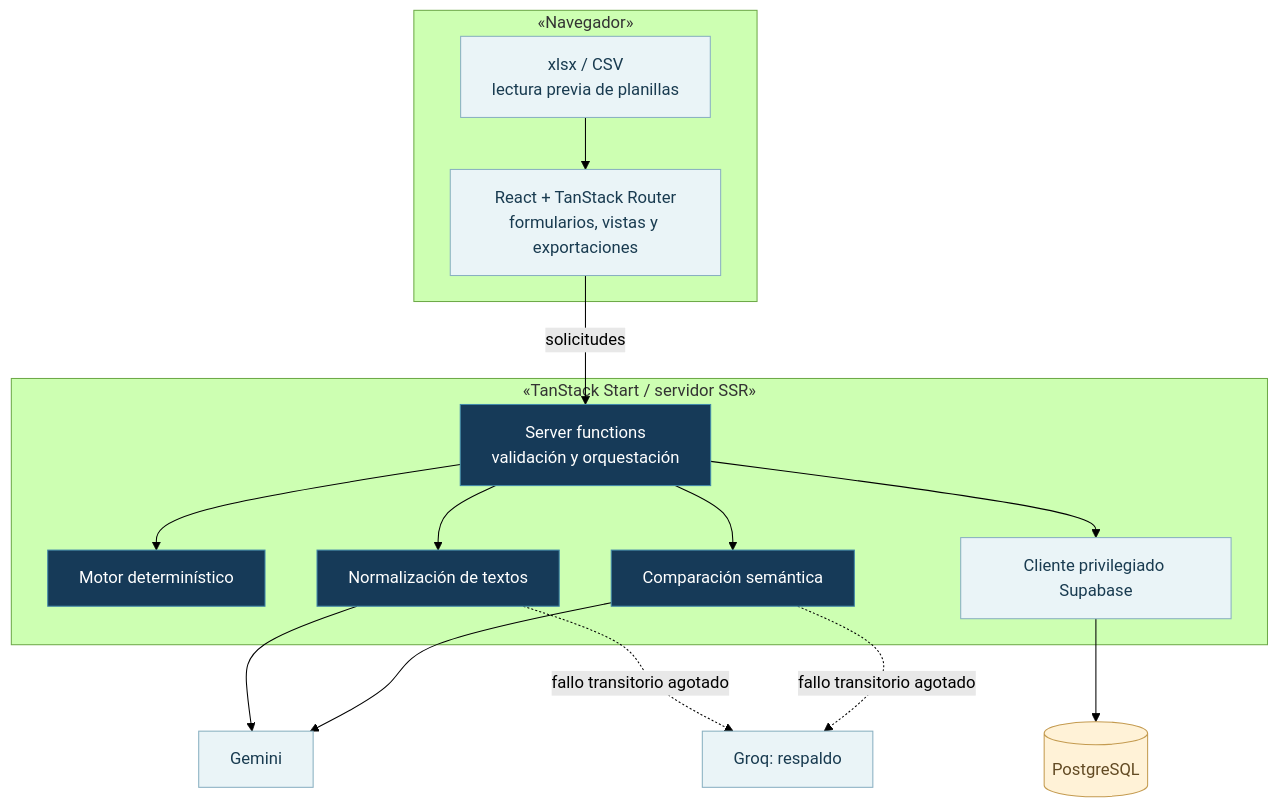
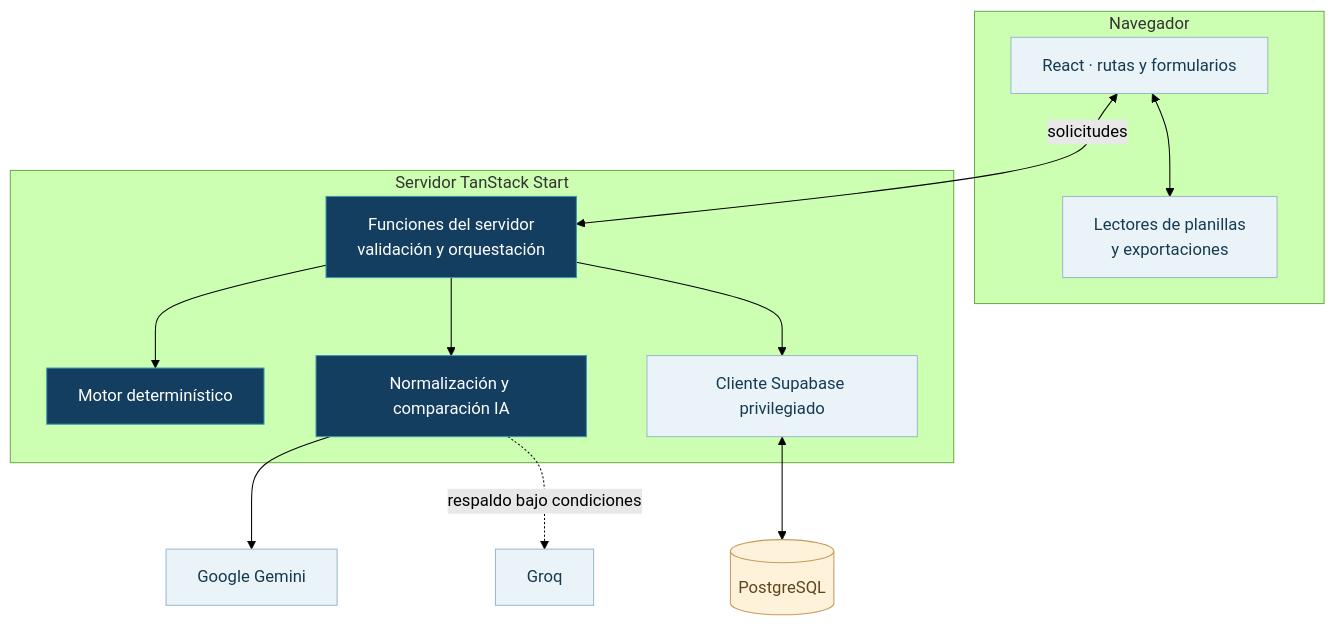
One commit to NicoCG32/Espejo-Homologa changed the second of 4 diagrams in docs/tecnica/01-arquitectura.md. Above: the diagram before and after it, drawn with Mermaid (forest theme). The commit also changed other lines of this file and 21 other files, not shown here.

````diff
--- a/docs/tecnica/01-arquitectura.md
+++ b/docs/tecnica/01-arquitectura.md
@@ -27,33 +27,27 @@
 ```mermaid
 flowchart TB
-  subgraph Cliente[«Navegador»]
-    UI[React + TanStack Router<br/>formularios, vistas y exportaciones]
-    Parse[xlsx / CSV<br/>lectura previa de planillas]
+  subgraph B["Navegador"]
+    UI["React · rutas y formularios"]
+    ARCH["Lectores de planillas<br/>y exportaciones"]
+    UI <--> ARCH
   end
-  subgraph Servidor[«TanStack Start / servidor SSR»]
-    RPC[Server functions<br/>validación y orquestación]
-    Nucleo[Motor determinístico]
-    Normaliza[Normalización de textos]
-    Semantica[Comparación semántica]
-    Adaptador[Cliente privilegiado Supabase]
+  subgraph W["Servidor TanStack Start"]
+    FN["Funciones del servidor<br/>validación y orquestación"]
+    MOTOR["Motor determinístico"]
+    IA["Normalización y comparación IA"]
+    DBAPI["Cliente Supabase privilegiado"]
+    FN --> MOTOR
+    FN --> IA
+    FN --> DBAPI
   end
-  DB[(PostgreSQL)]
-  Gemini[Gemini]
-  Groq[Groq: respaldo]
-  UI -->|solicitudes| RPC
-  Parse --> UI
-  RPC --> Nucleo
-  RPC --> Normaliza
-  RPC --> Semantica
-  RPC --> Adaptador --> DB
-  Normaliza --> Gemini
-  Semantica --> Gemini
-  Normaliza -.->|fallo transitorio agotado| Groq
-  Semantica -.->|fallo transitorio agotado| Groq
-  classDef core fill:#163A58,color:#fff,stroke:#4289A9;
-  classDef service fill:#EAF4F7,color:#193B50,stroke:#89B0C1;
-  classDef db fill:#FFF2D7,color:#624A23,stroke:#C49B50;
-  class RPC,Nucleo,Normaliza,Semantica core;
-  class UI,Parse,Adaptador,Gemini,Groq service;
-  class DB db;
+  UI <-->|solicitudes| FN
+  DBAPI <--> PG[("PostgreSQL")]
+  IA --> G["Google Gemini"]
+  IA -.->|respaldo bajo condiciones| Q["Groq"]
+  classDef app fill:#143E60,stroke:#3B96B6,color:#FFF;
+  classDef light fill:#EAF4F8,stroke:#9BBAC9,color:#153A51;
+  classDef data fill:#FFF2DB,stroke:#C39C59,color:#5D451C;
+  class FN,MOTOR,IA app;
+  class UI,ARCH,DBAPI,G,Q light;
+  class PG data;
 ```
````
